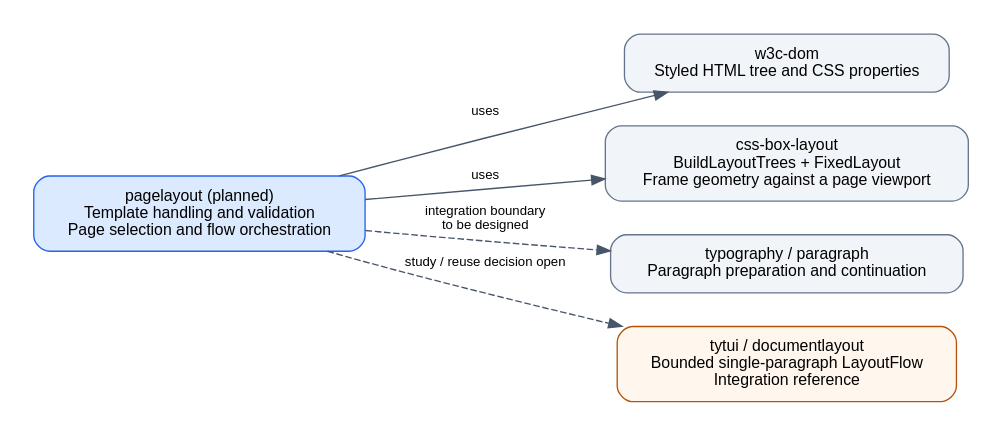
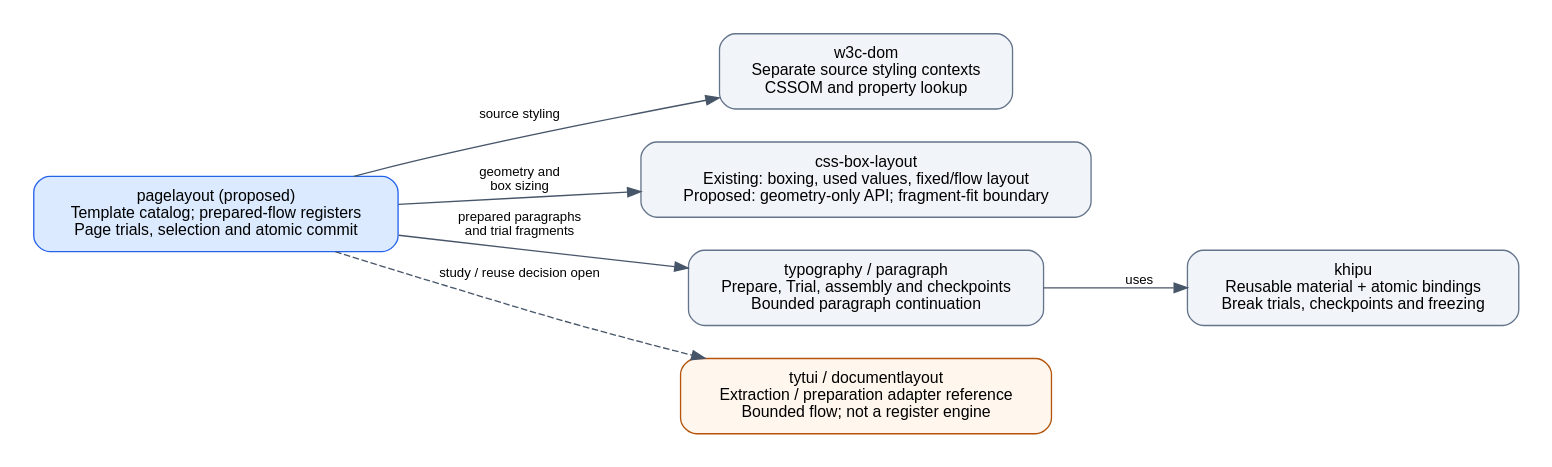
Before and after one commit to npillmayer/pagelayout: the diagram in doc/diagrams/design-packages.dot, drawn with Graphviz. The commit also changed 14 other files, not shown here.

```diff
--- a/doc/diagrams/design-packages.dot
+++ b/doc/diagrams/design-packages.dot
@@ -1,21 +1,23 @@
 digraph Packages {
-  graph [rankdir=LR, bgcolor="white", pad=0.25, nodesep=0.35, ranksep=0.65,
+  graph [rankdir=LR, bgcolor="white", pad=0.25, nodesep=0.35, ranksep=0.7,
          fontname="Helvetica", fontsize=12];
   node [shape=box, style="rounded,filled", fillcolor="#f1f5f9", color="#64748b",
         fontname="Helvetica", fontsize=12, margin="0.18,0.12"];
   edge [color="#475569", fontname="Helvetica", fontsize=10];
 
-  page [label="pagelayout (planned)\nTemplate handling and validation\nPage selection and flow orchestration",
+  page [label="pagelayout (proposed)\nTemplate catalog; prepared-flow registers\nPage trials, selection and atomic commit",
         fillcolor="#dbeafe", color="#2563eb"];
-  dom [label="w3c-dom\nStyled HTML tree and CSS properties"];
-  boxes [label="css-box-layout\nBuildLayoutTrees + FixedLayout\nFrame geometry against a page viewport"];
-  type [label="typography / paragraph\nParagraph preparation and continuation"];
-  integration [label="tytui / documentlayout\nBounded single-paragraph LayoutFlow\nIntegration reference", fillcolor="#fff7ed", color="#b45309"];
+  dom [label="w3c-dom\nSeparate source styling contexts\nCSSOM and property lookup"];
+  boxes [label="css-box-layout\nExisting: boxing, used values, fixed/flow layout\nProposed: geometry-only API; fragment-fit boundary"];
+  type [label="typography / paragraph\nPrepare, Trial, assembly and checkpoints\nBounded paragraph continuation"];
+  khipu [label="khipu\nReusable material + atomic bindings\nBreak trials, checkpoints and freezing"];
+  reference [label="tytui / documentlayout\nExtraction / preparation adapter reference\nBounded flow; not a register engine",
+             fillcolor="#fff7ed", color="#b45309"];
 
-  page -> dom [label="uses"];
-  page -> boxes [label="uses"];
-  page -> type [label="integration boundary\nto be designed", style=dashed];
-  page -> integration [label="study / reuse decision open", style=dashed];
-
-  { rank=same; dom; boxes; type; integration; }
+  page -> dom [label="source styling"];
+  page -> boxes [label="geometry and\nbox sizing"];
+  page -> type [label="prepared paragraphs\nand trial fragments"];
+  type -> khipu [label="uses"];
+  page -> reference [label="study / reuse decision open", style=dashed];
+  { rank=same; dom; boxes; type; reference; }
 }
```
